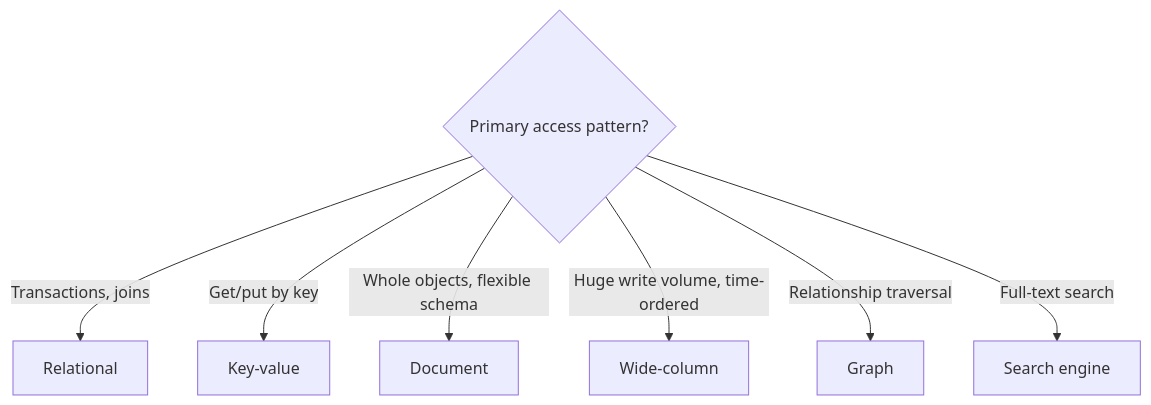
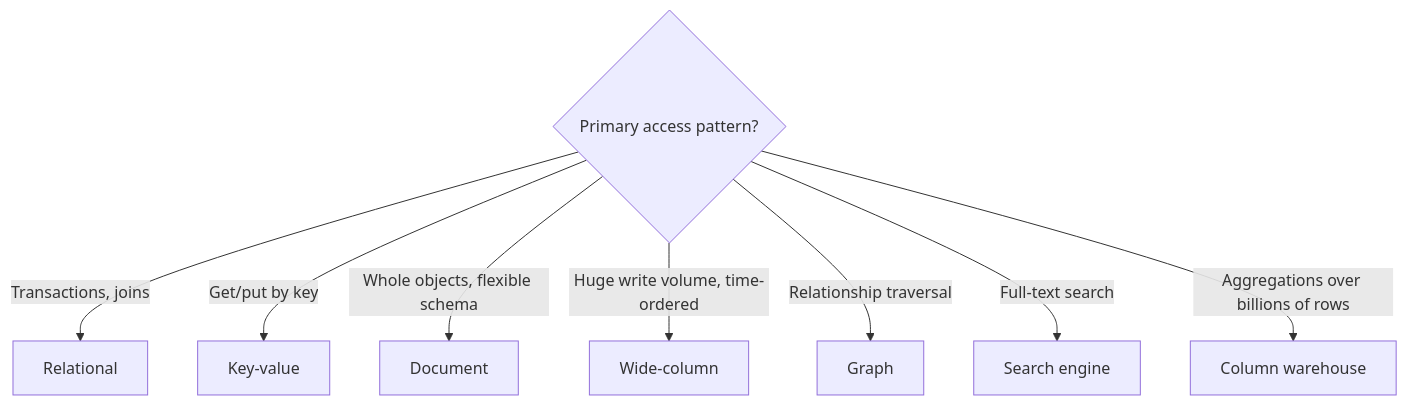
The first of 2 diagrams in src/content/courses/system-design/lessons/databases/types.mdx (ramantayal12/bytearchitect), drawn with Mermaid before and after one commit. The commit also changed other lines of this file and 219 other files, not shown here.

````diff
--- a/src/content/courses/system-design/lessons/databases/types.mdx
+++ b/src/content/courses/system-design/lessons/databases/types.mdx
@@ -52,10 +100,11 @@
 ```mermaid
 flowchart TB
   Q{"Primary access pattern?"}
   Q -->|"Transactions, joins"| SQL["Relational"]
   Q -->|"Get/put by key"| KV["Key-value"]
   Q -->|"Whole objects, flexible schema"| DOC["Document"]
   Q -->|"Huge write volume, time-ordered"| WC["Wide-column"]
   Q -->|"Relationship traversal"| G["Graph"]
   Q -->|"Full-text search"| S["Search engine"]
+  Q -->|"Aggregations over billions of rows"| OL["Column warehouse"]
 ```
````
